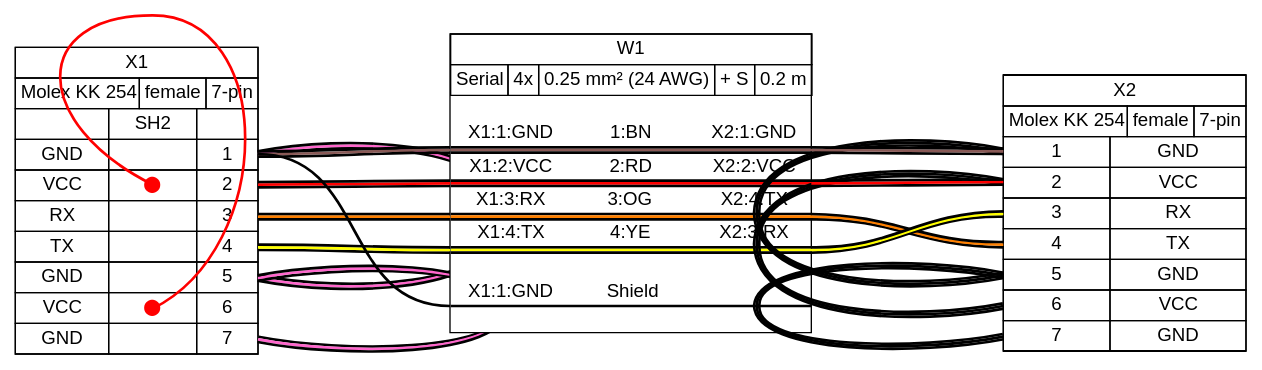
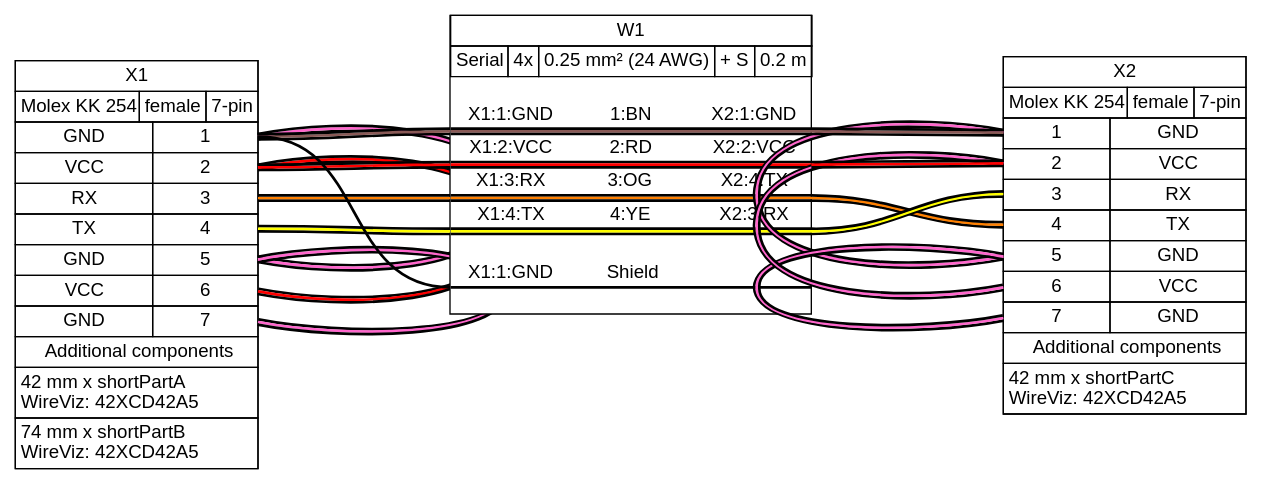
The diagram in examples/ex16.gv (wireviz/WireViz), drawn with Graphviz before and after one commit. The commit also changed 14 other files, not shown here.

```diff
--- a/examples/ex16.gv
+++ b/examples/ex16.gv
@@ -4,11 +4,6 @@
 	graph [bgcolor="#FFFFFF" fontname=arial nodesep=0.33 rankdir=LR ranksep=2]
 	node [fillcolor="#FFFFFF" fontname=arial height=0 margin=0 shape=none style=filled width=0]
 	edge [fontname=arial style=bold]
-	edge [color="#000000:#FF66CC:#000000"]
-	X1:p1r:e -- X1:p5r:e
-	X1:p5r:e -- X1:p7r:e
-	edge [color="#FF0000" headclip=false style="solid,bold" tailclip=false]
-	X1:p2j:c -- X1:p6j:c [straight=straight]
 	edge [headclip=true style=bold tailclip=true]
 	X1 [label=<
 <table border="0" cellspacing="0" cellpadding="0">
@@ -27,54 +22,57 @@
  <tr><td>
   <table border="0" cellspacing="0" cellpadding="3" cellborder="1">
    <tr>
-    <td></td>
-    <td>SH2</td>
-    <td></td>
-   </tr>
-   <tr>
     <td>GND</td>
-    <td></td>
     <td port="p1r">1</td>
    </tr>
    <tr>
     <td>VCC</td>
-    <td  port="p2J"><FONT FACE="Sans" POINT-SIZE="12.0" COLOR="#FF0000">&#11044;</FONT></td>
     <td port="p2r">2</td>
    </tr>
    <tr>
     <td>RX</td>
-    <td></td>
     <td port="p3r">3</td>
    </tr>
    <tr>
     <td>TX</td>
-    <td></td>
     <td port="p4r">4</td>
    </tr>
    <tr>
     <td>GND</td>
-    <td></td>
     <td port="p5r">5</td>
    </tr>
    <tr>
     <td>VCC</td>
-    <td  port="p6J"><FONT FACE="Sans" POINT-SIZE="12.0" COLOR="#FF0000">&#11044;</FONT></td>
     <td port="p6r">6</td>
    </tr>
    <tr>
     <td>GND</td>
-    <td></td>
     <td port="p7r">7</td>
    </tr>
   </table>
  </td></tr>
+ <tr><td>
+  <table border="0" cellspacing="0" cellpadding="3" cellborder="1"><tr>
+   <td balign="left">Additional components</td>
+  </tr></table>
+ </td></tr>
+ <tr><td>
+  <table border="0" cellspacing="0" cellpadding="3" cellborder="1"><tr>
+   <td align="left" balign="left">42 mm x shortPartA<br/>WireViz: 42XCD42A5</td>
+  </tr></table>
+ </td></tr>
+ <tr><td>
+  <table border="0" cellspacing="0" cellpadding="3" cellborder="1"><tr>
+   <td align="left" balign="left">74 mm x shortPartB<br/>WireViz: 42XCD42A5</td>
+  </tr></table>
+ </td></tr>
 </table>
 > fillcolor="#FFFFFF" shape=box style=filled]
-	edge [color="#000000:#000000:#000000"]
-	X2:p1l:w -- X2:p5l:w
-	X2:p5l:w -- X2:p7l:w
-	edge [color="#000000:#000000:#000000"]
-	X2:p2l:w -- X2:p6l:w
+	edge [color="#000000:#FF66CC:#000000"]
+	X1:p1r:e -- X1:p5r:e
+	X1:p5r:e -- X1:p7r:e
+	edge [color="#000000:#FF0000:#000000"]
+	X1:p2r:e -- X1:p6r:e
 	edge [headclip=true style=bold tailclip=true]
 	X2 [label=<
 <table border="0" cellspacing="0" cellpadding="0">
@@ -122,8 +120,23 @@
    </tr>
   </table>
  </td></tr>
+ <tr><td>
+  <table border="0" cellspacing="0" cellpadding="3" cellborder="1"><tr>
+   <td balign="left">Additional components</td>
+  </tr></table>
+ </td></tr>
+ <tr><td>
+  <table border="0" cellspacing="0" cellpadding="3" cellborder="1"><tr>
+   <td align="left" balign="left">42 mm x shortPartC<br/>WireViz: 42XCD42A5</td>
+  </tr></table>
+ </td></tr>
 </table>
 > fillcolor="#FFFFFF" shape=box style=filled]
+	edge [color="#000000:#FF66CC:#000000"]
+	X2:p1l:w -- X2:p5l:w
+	X2:p5l:w -- X2:p7l:w
+	edge [color="#000000:#FF66CC:#000000"]
+	X2:p2l:w -- X2:p6l:w
 	edge [color="#000000:#895956:#000000"]
 	X1:p1r:e -- W1:w1:w
 	W1:w1:e -- X2:p1l:w
```
